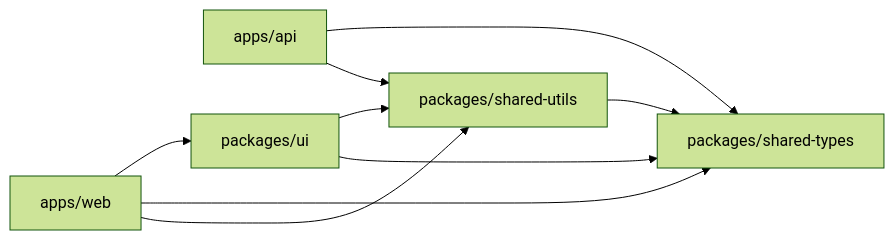
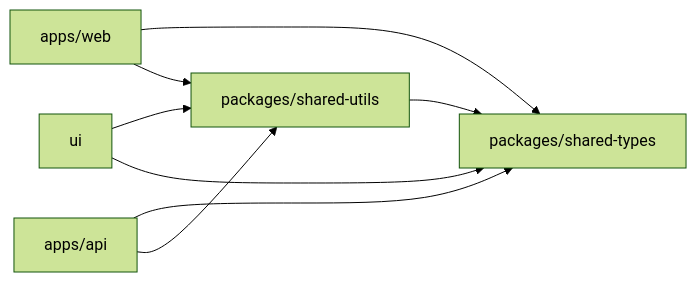
Before and after one commit to luscanascimento/financial-system: the second of 4 diagrams in docs/architecture.md, drawn with Mermaid (forest theme). The commit also changed other lines of this file and 6 other files, not shown here.

First line of the commit message:
docs: align the ADRs and architecture doc with the implementation

````diff
--- a/docs/architecture.md
+++ b/docs/architecture.md
@@ -72,17 +64,15 @@
 ```mermaid
 graph LR
   web["apps/web"]
   api["apps/api"]
-  ui["packages/ui"]
   types["packages/shared-types"]
   utils["packages/shared-utils"]
 
-  web --> ui
   web --> types
   web --> utils
   ui --> utils
   ui --> types
   api --> types
   api --> utils
   utils --> types
 ```
````
